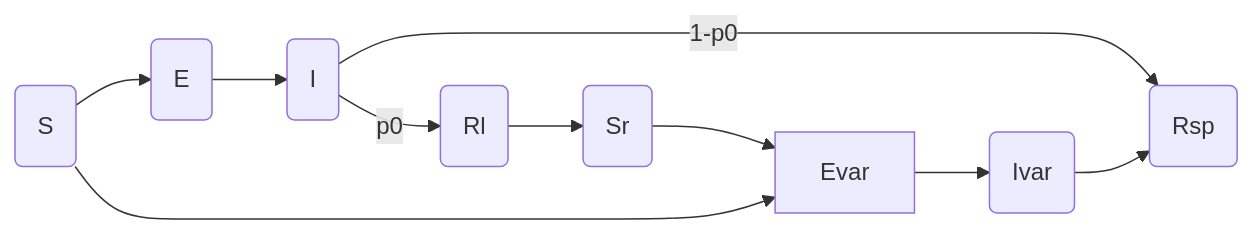
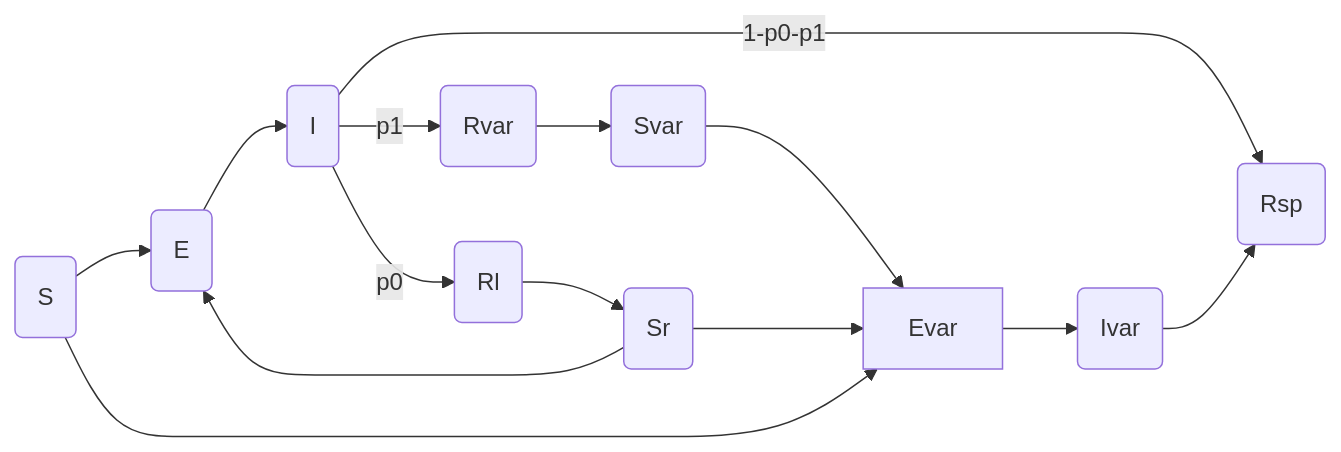
The third of 3 diagrams in README.md (carlosprete/herdimmunity), drawn with Mermaid before and after one commit. The commit also changed other lines of this file and 1 other file, not shown here.

````diff
--- a/README.md
+++ b/README.md
@@ -88,13 +88,17 @@
    ```mermaid
    graph LR
    
    S(S) --> E(E)
    E --> I(I)
-   I --> |1-p0| Rsp(Rsp)
+   I --> |1-p0-p1| Rsp(Rsp)
+   I --> |p1| Rvar(Rvar)
    I --> |p0| Rl(Rl)
+   Rvar --> Svar(Svar)
    Rl --> Sr(Sr)
+   Sr --> E
+   S --> Evar
    Sr --> Evar
-   S --> Evar
+   Svar --> Evar
    Evar --> Ivar(Ivar)
    Ivar --> Rsp
    ```
````
